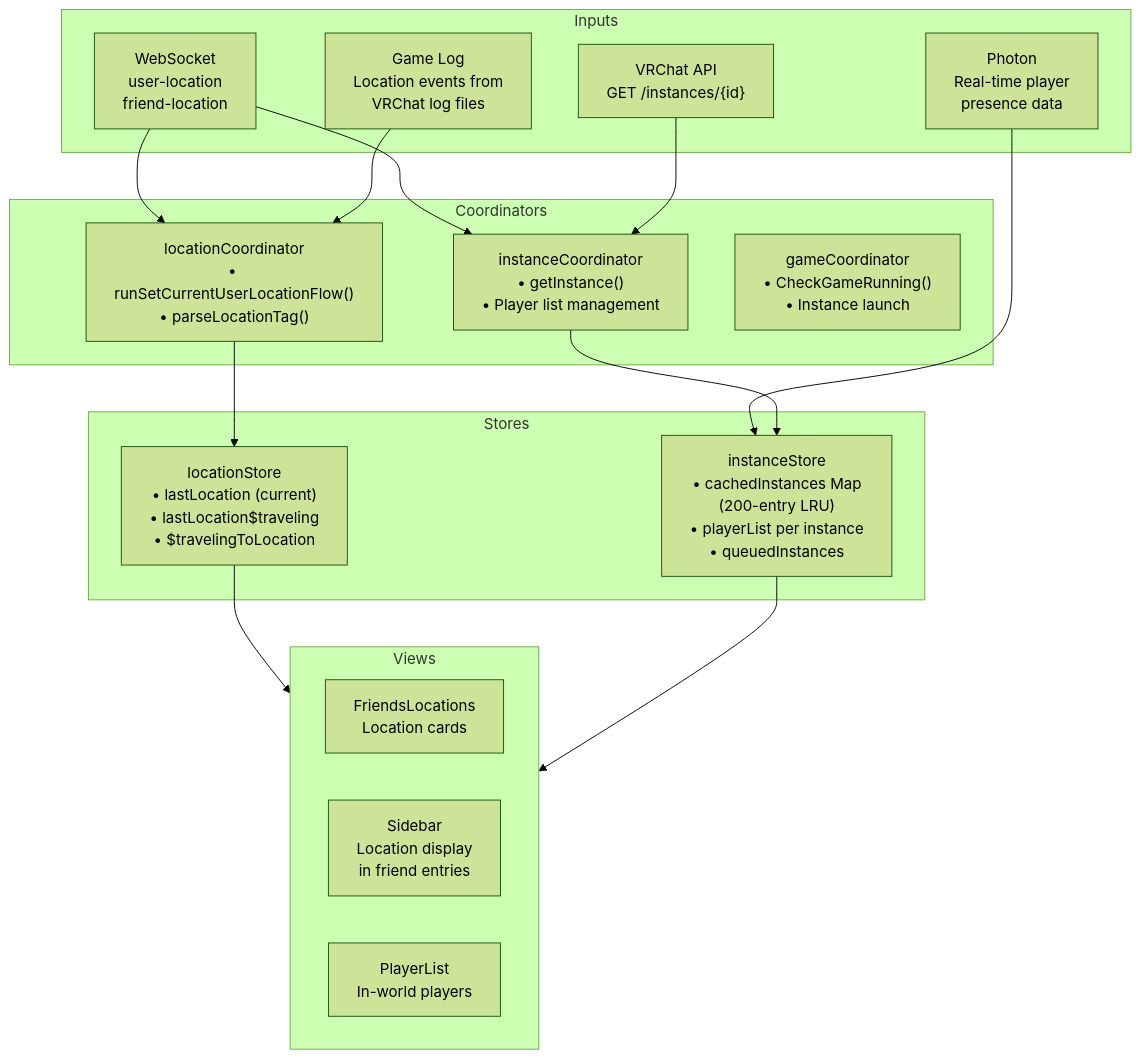
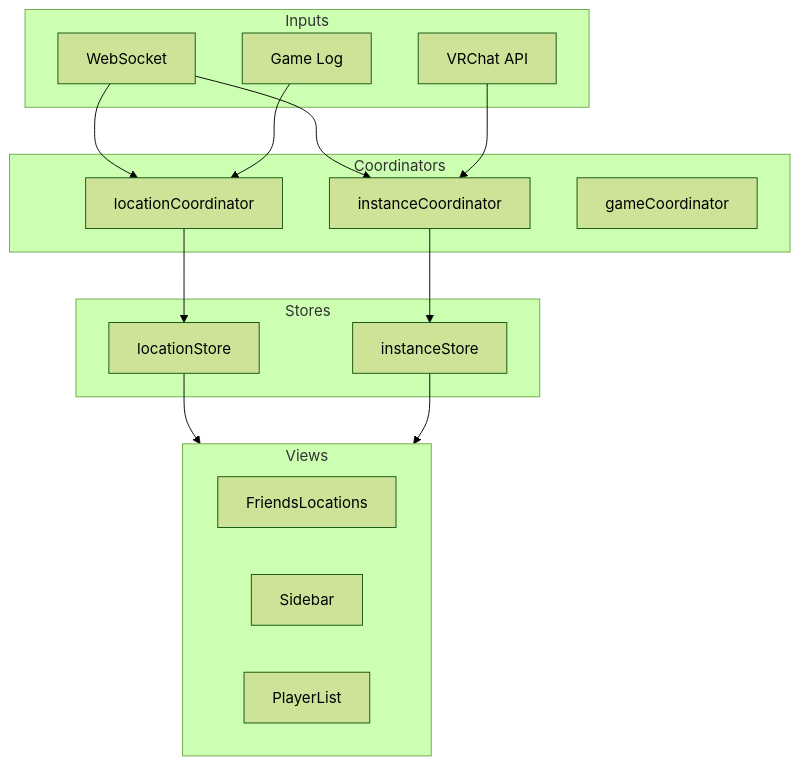
The first of 2 diagrams in en/modules/instance-location.md (Map1en/vrcx-docs), drawn with Mermaid (forest theme) before and after one commit. The commit also changed other lines of this file and 16 other files, not shown here.

````diff
--- a/en/modules/instance-location.md
+++ b/en/modules/instance-location.md
@@ -5,38 +5,36 @@
 ```mermaid
 graph TD
     subgraph Stores
-        locationStore["locationStore<br/>• lastLocation (current)<br/>• lastLocation$traveling<br/>• $travelingToLocation"]
-        instanceStore["instanceStore<br/>• cachedInstances Map<br/>  (200-entry LRU)<br/>• playerList per instance<br/>• queuedInstances"]
+        locationStore["locationStore"]
+        instanceStore["instanceStore"]
     end
 
     subgraph Coordinators
-        locationCoord["locationCoordinator<br/>• runSetCurrentUserLocationFlow()<br/>• parseLocationTag()"]
-        instanceCoord["instanceCoordinator<br/>• getInstance()<br/>• Player list management"]
-        gameCoord["gameCoordinator<br/>• CheckGameRunning()<br/>• Instance launch"]
+        locationCoord["locationCoordinator"]
+        instanceCoord["instanceCoordinator"]
+        gameCoord["gameCoordinator"]
     end
 
     subgraph Inputs
-        ws["WebSocket<br/>user-location<br/>friend-location"]
-        api["VRChat API<br/>GET /instances/{id}"]
-        gameLog["Game Log<br/>Location events from<br/>VRChat log files"]
-        photon["Photon<br/>Real-time player<br/>presence data"]
+        ws["WebSocket"]
+        api["VRChat API"]
+        gameLog["Game Log"]
     end
 
     subgraph Views
-        friendsLoc["FriendsLocations<br/>Location cards"]
-        sidebar["Sidebar<br/>Location display<br/>in friend entries"]
-        playerList["PlayerList<br/>In-world players"]
+        friendsLoc["FriendsLocations"]
+        sidebar["Sidebar"]
+        playerList["PlayerList"]
     end
 
     ws --> locationCoord
     ws --> instanceCoord
     api --> instanceCoord
     gameLog --> locationCoord
-    photon --> instanceStore
 
     locationCoord --> locationStore
     instanceCoord --> instanceStore
     
     locationStore --> Views
     instanceStore --> Views
 ```
````
